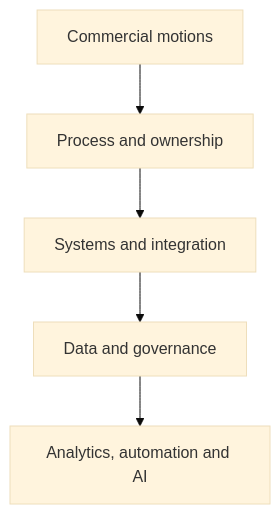
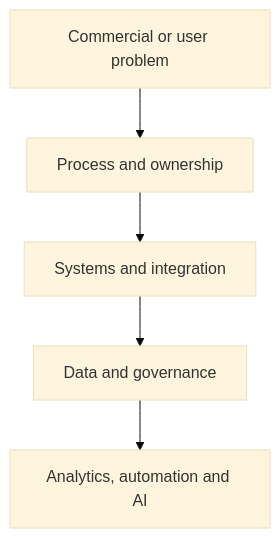
The diagram in README.md (christopher-swarup-labs/portfolio-index), drawn with Mermaid (base theme) before and after one commit. The commit also changed other lines of this file, not shown here.

````diff
--- a/README.md
+++ b/README.md
@@ -55,10 +57,10 @@
 ```mermaid
 flowchart TB
-    A[Commercial motions]
+    A[Commercial or user problem]
     B[Process and ownership]
     C[Systems and integration]
     D[Data and governance]
     E[Analytics, automation and AI]
 
     A --> B --> C --> D --> E
 ```
````
